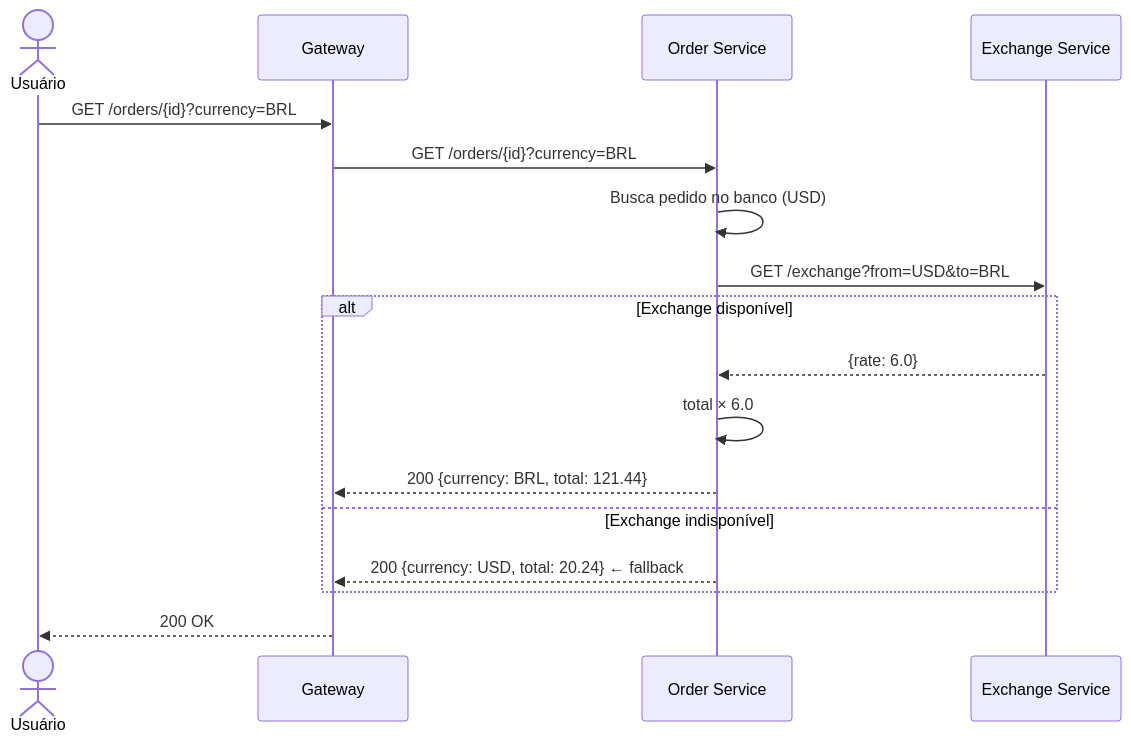
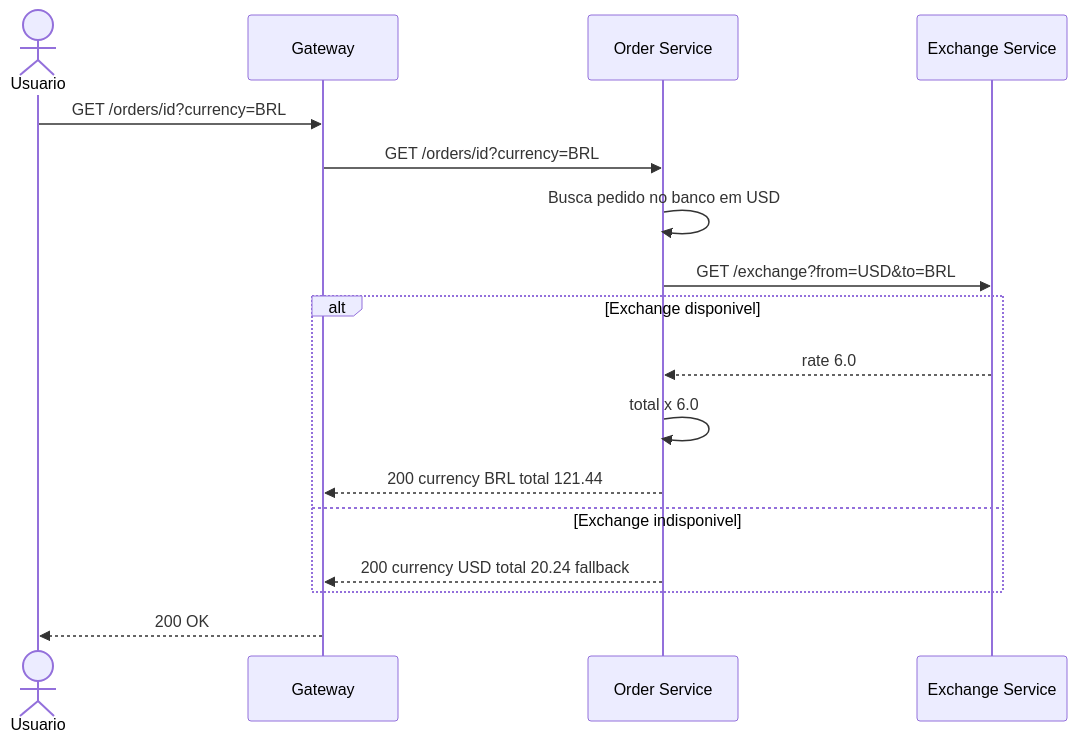
The fourth of 5 diagrams in docs/architecture.md (microservice-henry/pma.26.1), drawn with Mermaid before and after one commit. The commit also changed other lines of this file and 3 other files, not shown here.

Commit message:
fix: mermaid syntax errors and grey theme

````diff
--- a/docs/architecture.md
+++ b/docs/architecture.md
@@ -100,21 +100,21 @@
 ```mermaid
 sequenceDiagram
-    actor U as Usuário
+    actor U as Usuario
     participant GW as Gateway
     participant OS as Order Service
     participant ES as Exchange Service
 
-    U->>GW: GET /orders/{id}?currency=BRL
-    GW->>OS: GET /orders/{id}?currency=BRL
+    U->>GW: GET /orders/id?currency=BRL
+    GW->>OS: GET /orders/id?currency=BRL
 
-    OS->>OS: Busca pedido no banco (USD)
+    OS->>OS: Busca pedido no banco em USD
     OS->>ES: GET /exchange?from=USD&to=BRL
-    alt Exchange disponível
-        ES-->>OS: {rate: 6.0}
-        OS->>OS: total × 6.0
-        OS-->>GW: 200 {currency: BRL, total: 121.44}
-    else Exchange indisponível
-        OS-->>GW: 200 {currency: USD, total: 20.24} ← fallback
+    alt Exchange disponivel
+        ES-->>OS: rate 6.0
+        OS->>OS: total x 6.0
+        OS-->>GW: 200 currency BRL total 121.44
+    else Exchange indisponivel
+        OS-->>GW: 200 currency USD total 20.24 fallback
     end
     GW-->>U: 200 OK
 ```
````
